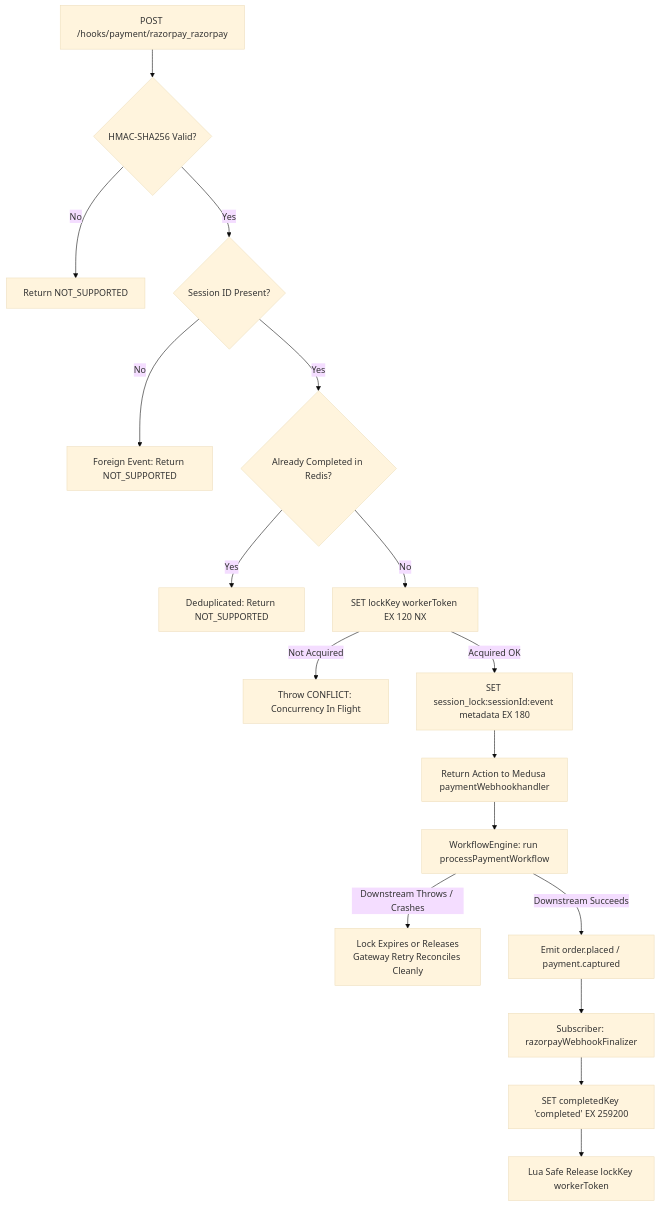
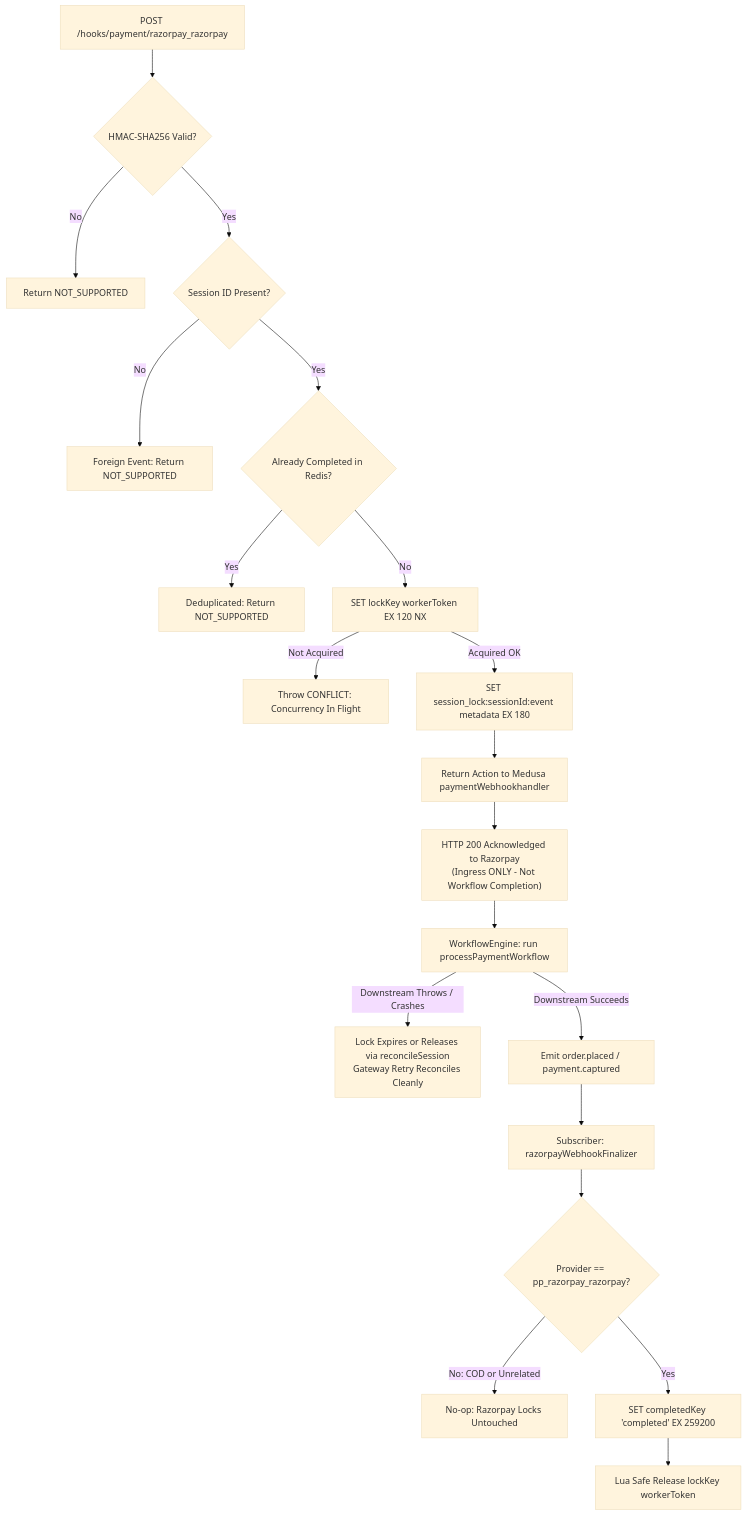
One commit to Ajuworks96/theecombuddy changed the diagram in docs/MILESTONE_02D_B_SANDBOX_VERIFICATION.md. Above: the diagram before and after it, drawn with Mermaid (base theme). The commit also changed other lines of this file and 3 other files, not shown here.

Commit message:
fix(milestone-02d-b.1): verify end-to-end webhook event correlation, isolation and reconciliation

````diff
--- a/docs/MILESTONE_02D_B_SANDBOX_VERIFICATION.md
+++ b/docs/MILESTONE_02D_B_SANDBOX_VERIFICATION.md
@@ -78,24 +93,27 @@
 ```mermaid
 flowchart TD
-    Hook[POST /hooks/payment/razorpay_razorpay] --> SigCheck{HMAC-SHA256 Valid?}
-    SigCheck -->|No| RejectSig[Return NOT_SUPPORTED]
-    SigCheck -->|Yes| SessionCheck{Session ID Present?}
-    SessionCheck -->|No| Foreign[Foreign Event: Return NOT_SUPPORTED]
-    SessionCheck -->|Yes| CompCheck{Already Completed in Redis?}
+    Hook["POST /hooks/payment/razorpay_razorpay"] --> SigCheck{"HMAC-SHA256 Valid?"}
+    SigCheck -->|No| RejectSig["Return NOT_SUPPORTED"]
+    SigCheck -->|Yes| SessionCheck{"Session ID Present?"}
+    SessionCheck -->|No| Foreign["Foreign Event: Return NOT_SUPPORTED"]
+    SessionCheck -->|Yes| CompCheck{"Already Completed in Redis?"}
     
-    CompCheck -->|Yes| DupDrop[Deduplicated: Return NOT_SUPPORTED]
-    CompCheck -->|No| Mutex[SET lockKey workerToken EX 120 NX]
+    CompCheck -->|Yes| DupDrop["Deduplicated: Return NOT_SUPPORTED"]
+    CompCheck -->|No| Mutex["SET lockKey workerToken EX 120 NX"]
     
-    Mutex -->|Not Acquired| Conflict[Throw CONFLICT: Concurrency In Flight]
-    Mutex -->|Acquired OK| RegSession[SET session_lock:sessionId:event metadata EX 180]
+    Mutex -->|Not Acquired| Conflict["Throw CONFLICT: Concurrency In Flight"]
+    Mutex -->|Acquired OK| RegSession["SET session_lock:sessionId:event metadata EX 180"]
     
-    RegSession --> ReturnAction[Return Action to Medusa paymentWebhookhandler]
-    ReturnAction --> RunWorkflow[WorkflowEngine: run processPaymentWorkflow]
+    RegSession --> ReturnAction["Return Action to Medusa paymentWebhookhandler"]
+    ReturnAction --> Ack["HTTP 200 Acknowledged to Razorpay\n(Ingress ONLY - Not Workflow Completion)"]
+    Ack --> RunWorkflow["WorkflowEngine: run processPaymentWorkflow"]
     
-    RunWorkflow -->|Downstream Throws / Crashes| FailRecovery[Lock Expires or Releases\nGateway Retry Reconciles Cleanly]
-    RunWorkflow -->|Downstream Succeeds| EventEmitted[Emit order.placed / payment.captured]
+    RunWorkflow -->|Downstream Throws / Crashes| FailRecovery["Lock Expires or Releases via reconcileSession\nGateway Retry Reconciles Cleanly"]
+    RunWorkflow -->|Downstream Succeeds| EventEmitted["Emit order.placed / payment.captured"]
     
-    EventEmitted --> FinalizerSub[Subscriber: razorpayWebhookFinalizer]
-    FinalizerSub --> MarkDone[SET completedKey 'completed' EX 259200]
-    MarkDone --> LuaRelease[Lua Safe Release lockKey workerToken]
+    EventEmitted --> FinalizerSub["Subscriber: razorpayWebhookFinalizer"]
+    FinalizerSub --> GuardCheck{"Provider == pp_razorpay_razorpay?"}
+    GuardCheck -->|No: COD or Unrelated| SkipDone["No-op: Razorpay Locks Untouched"]
+    GuardCheck -->|Yes| MarkDone["SET completedKey 'completed' EX 259200"]
+    MarkDone --> LuaRelease["Lua Safe Release lockKey workerToken"]
 ```
````
